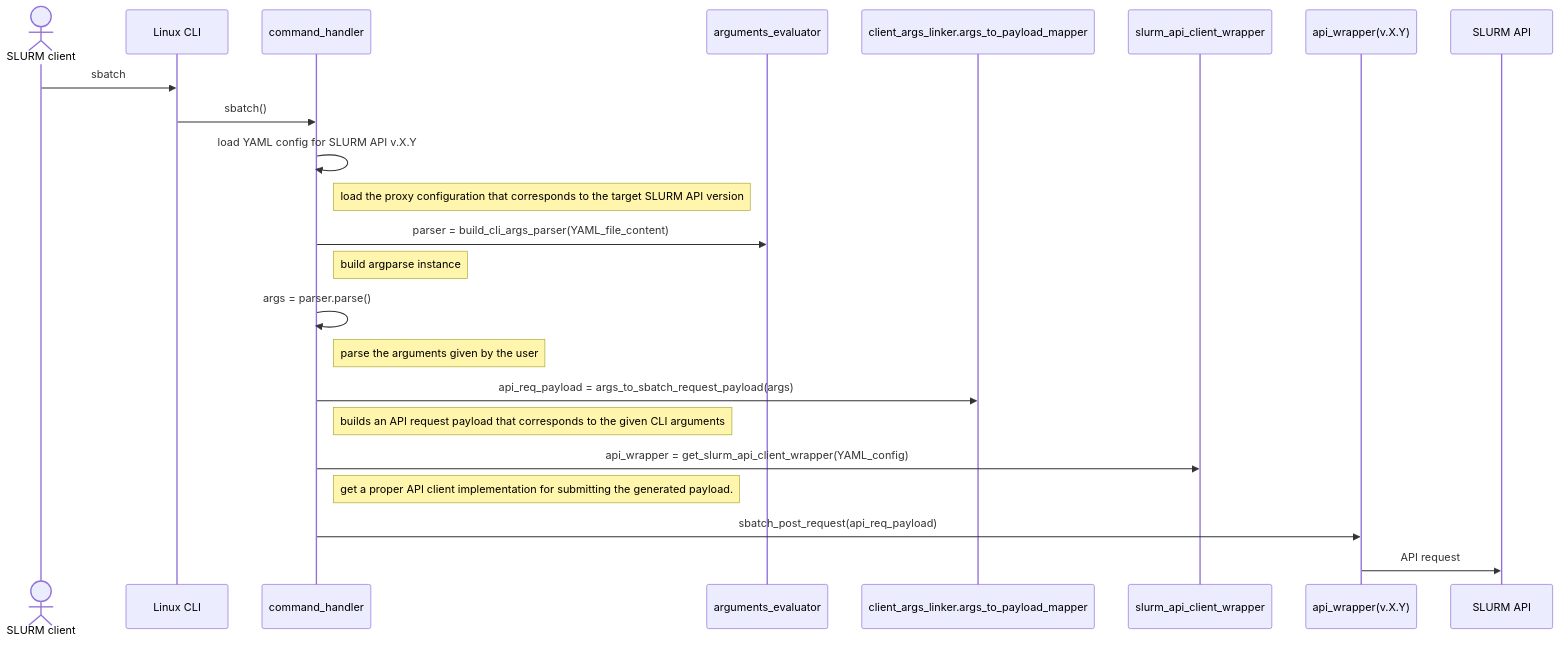
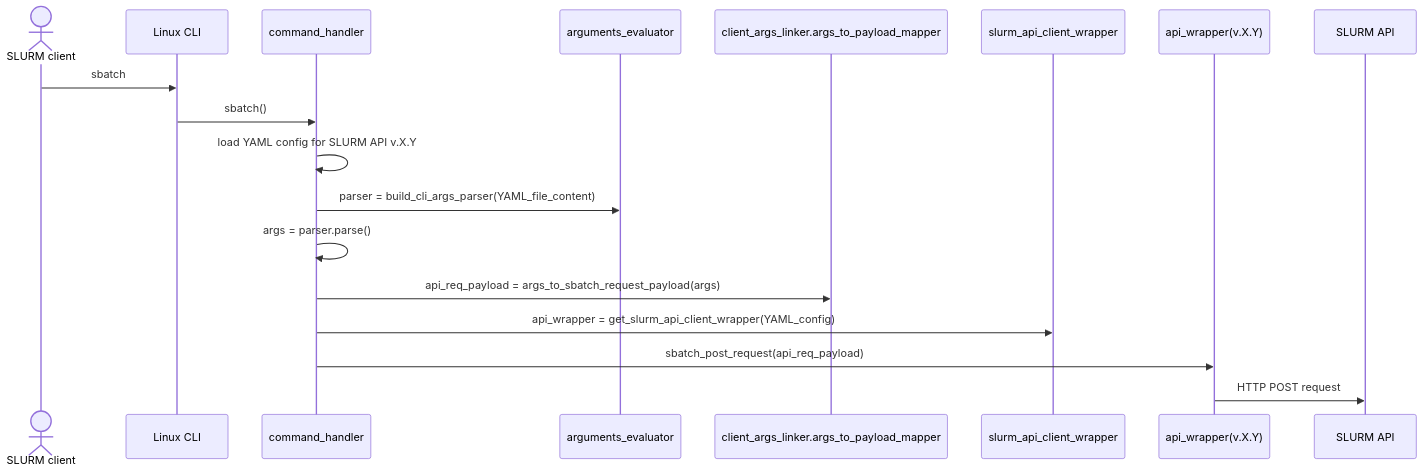
Before and after one commit to SLURM-CLI-API-Proxy/SLURM-CLI-API-Proxy-client: the first of 4 diagrams in docs/design.md, drawn with Mermaid. The commit also changed other lines of this file, not shown here.

````diff
--- a/docs/design.md
+++ b/docs/design.md
@@ -27,19 +51,19 @@
 ```mermaid
 sequenceDiagram
     actor SLURM client
     SLURM client ->> Linux CLI: sbatch
     Linux CLI ->> command_handler: sbatch()    
     command_handler ->> command_handler: load YAML config for SLURM API v.X.Y
-    Note right of command_handler: load the proxy configuration that corresponds to the target SLURM API version
+    
     command_handler ->> arguments_evaluator: parser = build_cli_args_parser(YAML_file_content)
-    Note right of command_handler: build argparse instance
+    
     command_handler ->> command_handler: args = parser.parse()
-    Note right of command_handler: parse the arguments given by the user
+    
     command_handler ->> client_args_linker.args_to_payload_mapper : api_req_payload = args_to_sbatch_request_payload(args)
-    Note right of command_handler: builds an API request payload that corresponds to the given CLI arguments
+    
     command_handler ->> slurm_api_client_wrapper: api_wrapper = get_slurm_api_client_wrapper(YAML_config)
-    Note right of command_handler: get a proper API client implementation for submitting the generated payload.
+    
     command_handler ->> api_wrapper(v.X.Y): sbatch_post_request(api_req_payload)
-    api_wrapper(v.X.Y) ->> SLURM API: API request
+    api_wrapper(v.X.Y) ->> SLURM API: HTTP POST request
     
 ```
````
